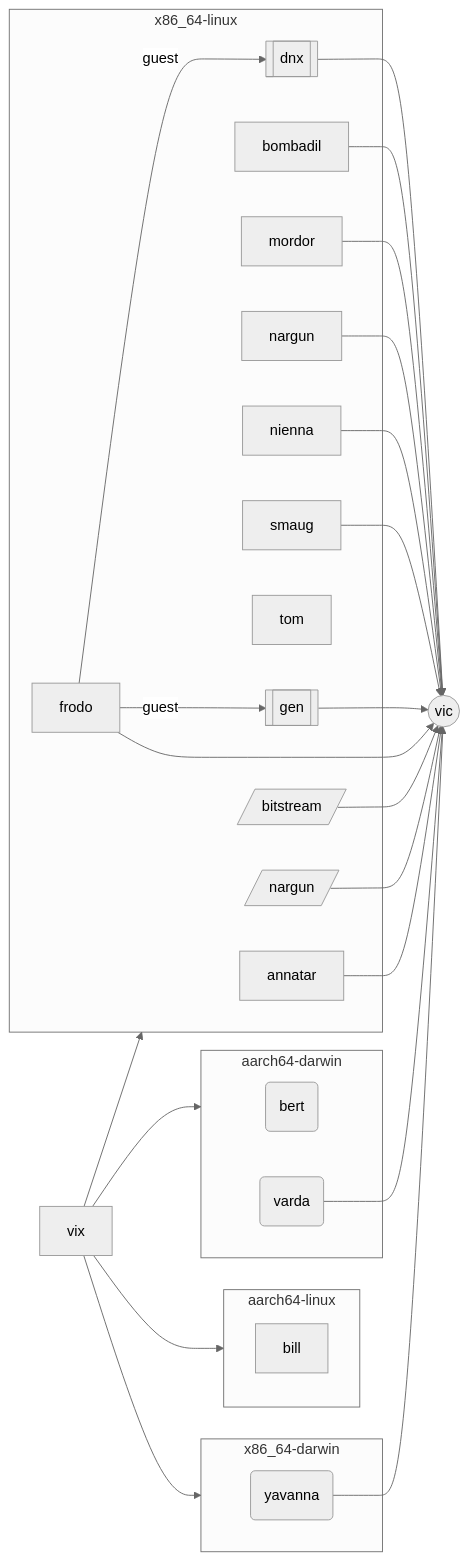
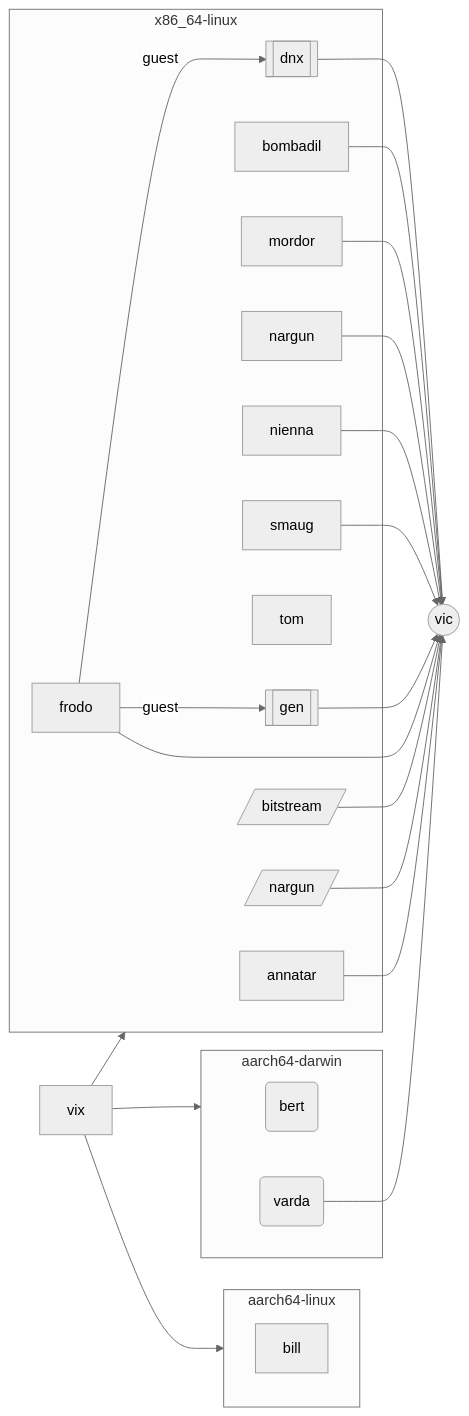
One commit to vic/vix changed the first of 3 diagrams in README.md. Above: the diagram before and after it, drawn with Mermaid (neutral theme). The commit also changed other lines of this file and 9 other files, not shown here.

Commit message:
fleet: drop x86_64-darwin (nixpkgs dropped it) and yavanna; mordor: allow nvidia-kernel-modules; serena only on linux (pywebview broken on darwin)

````diff
--- a/README.md
+++ b/README.md
@@ -40,48 +40,43 @@
 ```mermaid
 flowchart LR
   fleet_vix["vix"]
   subgraph system_aarch64_darwin ["aarch64-darwin"]
     mac_bert("bert")
     mac_varda("varda")
   end
   subgraph system_aarch64_linux ["aarch64-linux"]
     host_bill["bill"]
-  end
-  subgraph system_x86_64_darwin ["x86_64-darwin"]
-    mac_yavanna("yavanna")
   end
   subgraph system_x86_64_linux ["x86_64-linux"]
     host_annatar["annatar"]
     host_bombadil["bombadil"]
     host_frodo["frodo"]
     host_mordor["mordor"]
     host_nargun["nargun"]
     host_nienna["nienna"]
     host_smaug["smaug"]
     host_tom["tom"]
     guest_dnx[["dnx"]]
     guest_gen[["gen"]]
     home_bitstream[/"bitstream"/]
     home_nargun[/"nargun"/]
   end
   user_vic(("vic"))
   fleet_vix --> system_aarch64_darwin
   fleet_vix --> system_aarch64_linux
-  fleet_vix --> system_x86_64_darwin
   fleet_vix --> system_x86_64_linux
   host_frodo -->|"guest"| guest_dnx
   host_frodo -->|"guest"| guest_gen
   host_annatar --> user_vic
   host_bombadil --> user_vic
   host_frodo --> user_vic
   host_mordor --> user_vic
   host_nargun --> user_vic
   host_nienna --> user_vic
   host_smaug --> user_vic
   mac_varda --> user_vic
-  mac_yavanna --> user_vic
   guest_dnx --> user_vic
   guest_gen --> user_vic
   home_bitstream --> user_vic
   home_nargun --> user_vic
 ```
````
